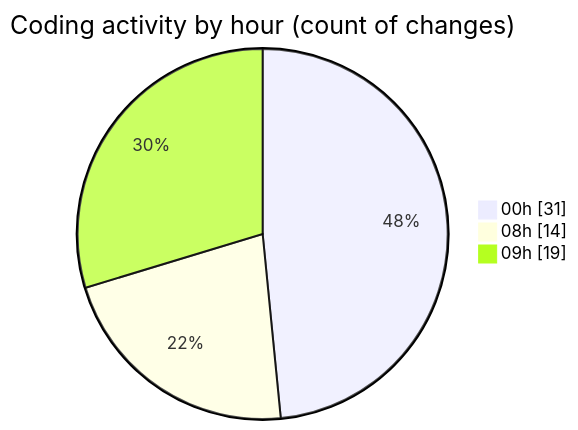
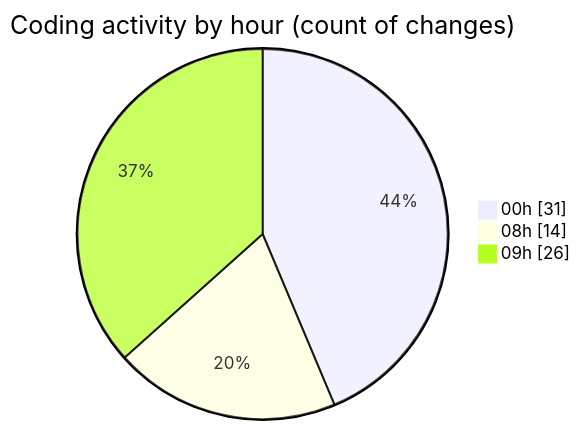
Before and after one commit to lephambinh05/code-tracking: the second of 2 diagrams in 2025-08-03/studybuddy/README.md, drawn with Mermaid. The commit also changed other lines of this file and 1 other file, not shown here.

````diff
--- a/2025-08-03/studybuddy/README.md
+++ b/2025-08-03/studybuddy/README.md
@@ -60,7 +60,7 @@
 ```mermaid
 pie showData
 title Coding activity by hour (count of changes)
 "00h" : 31
 "08h" : 14
-"09h" : 19
+"09h" : 26
 ```
````
